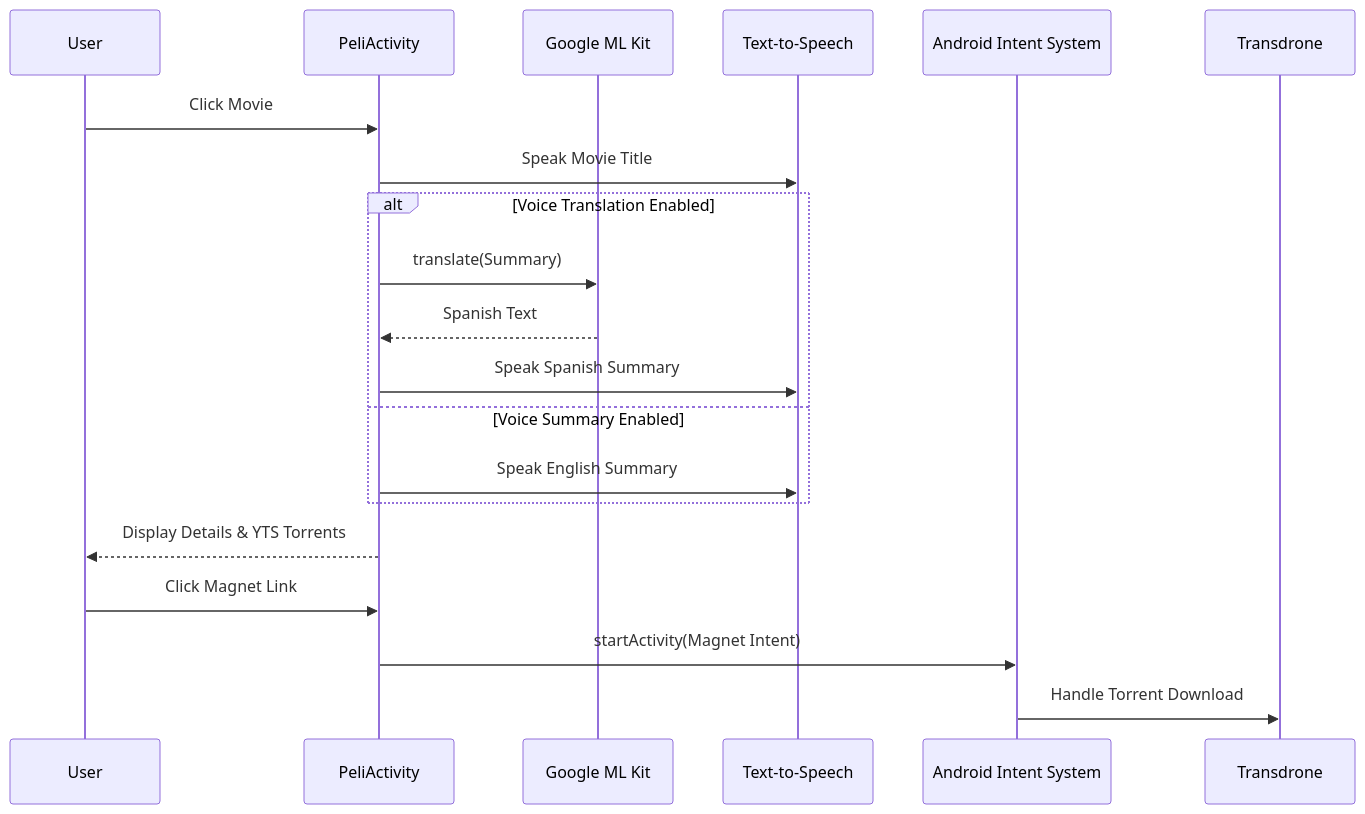
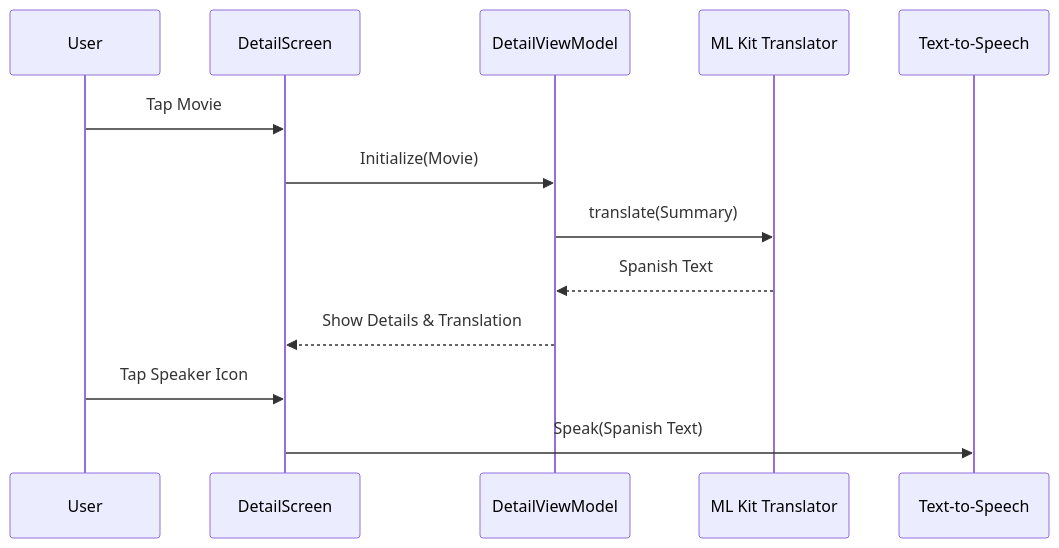
Before and after one commit to martinrevert/LaTorrentola: the fourth of 4 diagrams in README.md, drawn with Mermaid. The commit also changed other lines of this file and 1 other file, not shown here.

````diff
--- a/README.md
+++ b/README.md
@@ -123,23 +122,16 @@
 ```mermaid
 sequenceDiagram
-    participant User
-    participant PeliActivity
-    participant MLKit as Google ML Kit
+    participant U as User
+    participant DS as DetailScreen
+    participant VM as DetailViewModel
+    participant MLK as ML Kit Translator
     participant TTS as Text-to-Speech
-    participant OS as Android Intent System
-    participant Transdrone
 
-    User->>PeliActivity: Click Movie
-    PeliActivity->>TTS: Speak Movie Title
-    alt Voice Translation Enabled
-        PeliActivity->>MLKit: translate(Summary)
-        MLKit-->>PeliActivity: Spanish Text
-        PeliActivity->>TTS: Speak Spanish Summary
-    else Voice Summary Enabled
-        PeliActivity->>TTS: Speak English Summary
-    end
-    PeliActivity-->>User: Display Details & YTS Torrents
-    User->>PeliActivity: Click Magnet Link
-    PeliActivity->>OS: startActivity(Magnet Intent)
-    OS->>Transdrone: Handle Torrent Download
+    U->>DS: Tap Movie
+    DS->>VM: Initialize(Movie)
+    VM->>MLK: translate(Summary)
+    MLK-->>VM: Spanish Text
+    VM-->>DS: Show Details & Translation
+    U->>DS: Tap Speaker Icon
+    DS->>TTS: Speak(Spanish Text)
 ```
````
